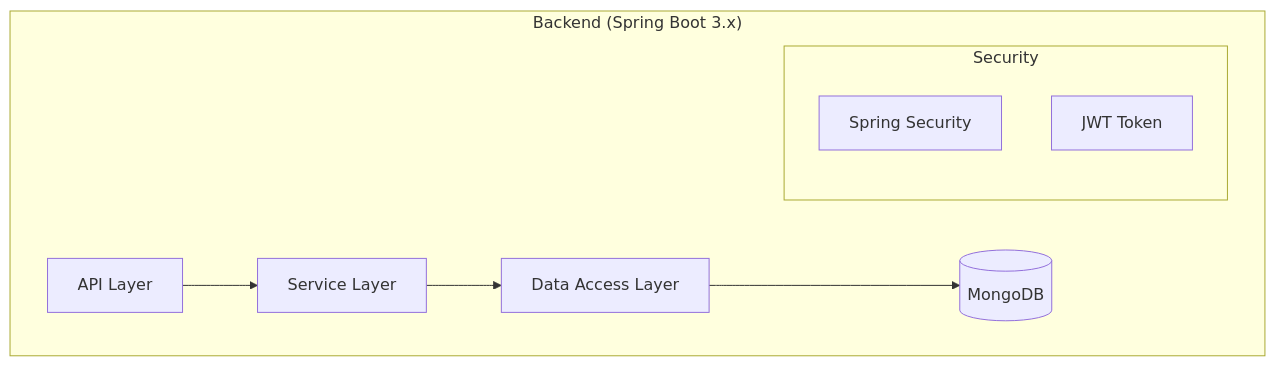
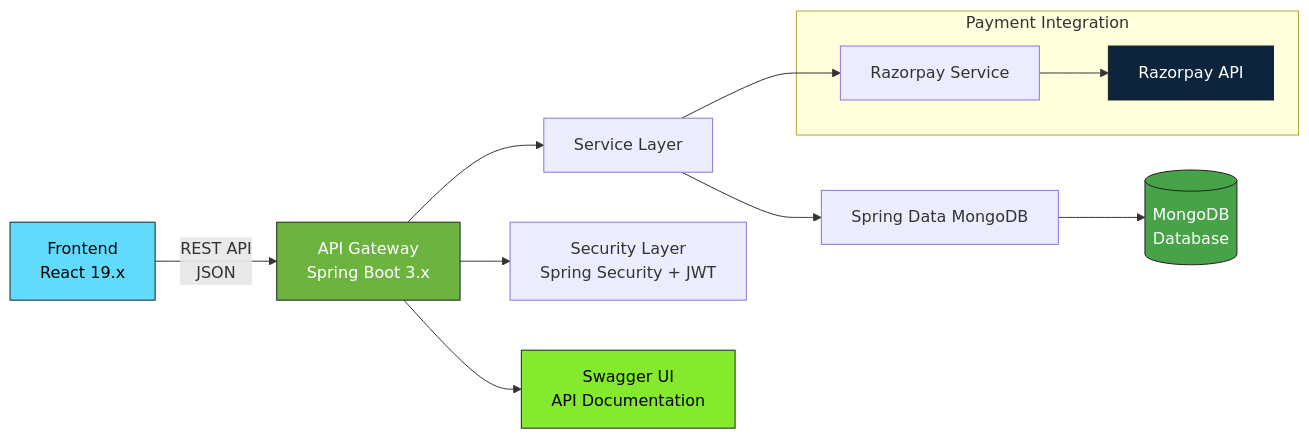
One commit to maheshshinde9100/opdheal changed the first of 4 diagrams in README.md. Above: the diagram before and after it, drawn with Mermaid. The commit also changed other lines of this file and 5 other files, not shown here.

````diff
--- a/README.md
+++ b/README.md
@@ -61,13 +63,23 @@
 ```mermaid
-graph TD
-    subgraph "Backend (Spring Boot 3.x)"
-        A[API Layer] --> B[Service Layer]
-        B --> C[Data Access Layer]
-        C --> D[(MongoDB)]
+graph LR
+    A[Frontend<br/>React 19.x] -->|REST API<br/>JSON| B[API Gateway<br/>Spring Boot 3.x]
+    B --> C[Service Layer]
+    C --> D[Spring Data MongoDB]
+    D --> E[(MongoDB<br/>Database)]
+    
+    B --> F[Security Layer<br/>Spring Security + JWT]
+    B --> G[Swagger UI<br/>API Documentation]
+    
+    subgraph Payment Integration
+        H[Razorpay Service]
+        H --> I[Razorpay API]
+    end
+    
+    C --> H
 
-        subgraph "Security"
-            E[Spring Security]
-            F[JWT Token]
-        end
-    end
+    style A fill:#61DAFB,stroke:#222,color:#000
+    style B fill:#6DB33F,stroke:#222,color:#fff
+    style E fill:#47A248,stroke:#222,color:#fff
+    style G fill:#85EA2D,stroke:#222,color:#000
+    style I fill:#0C243C,stroke:#222,color:#fff
 ```
````
